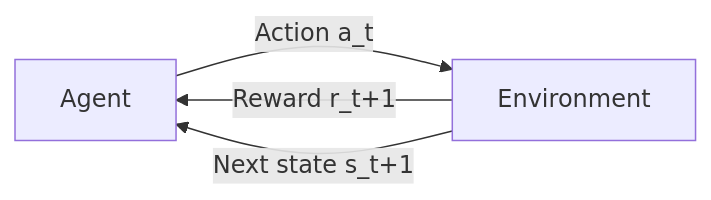
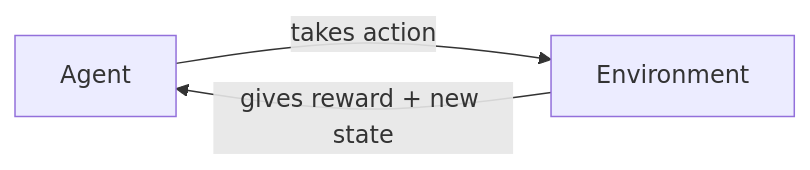
One commit to therishiraj/INT394-ML-Algorithms changed the diagram in Unit 5.md. Above: the diagram before and after it, drawn with Mermaid. The commit also changed other lines of this file, not shown here.

````diff
--- a/Unit 5.md
+++ b/Unit 5.md
@@ -34,6 +13,5 @@
 ```mermaid
 flowchart LR
-    A[Agent] -->|Action a_t| E[Environment]
-    E -->|Reward r_t+1| A
-    E -->|Next state s_t+1| A
+    A[Agent] -->|takes action| E[Environment]
+    E -->|gives reward + new state| A
 ```
````
